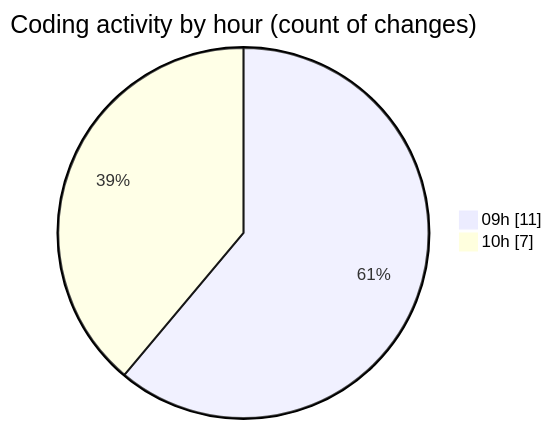
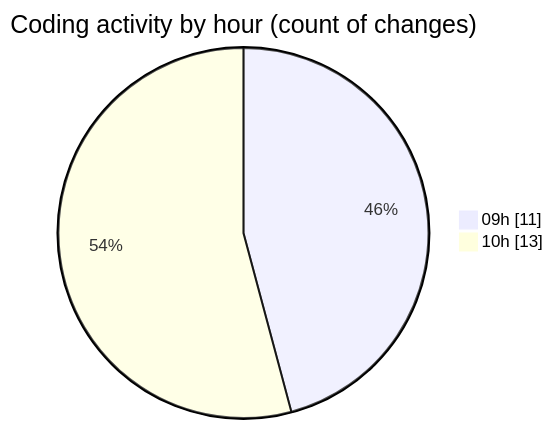
The second of 2 diagrams in 2025-05-27/ecodeli-1/README.md (CELIANVF/code-tracking), drawn with Mermaid before and after one commit. The commit also changed other lines of this file and 1 other file, not shown here.

````diff
--- a/2025-05-27/ecodeli-1/README.md
+++ b/2025-05-27/ecodeli-1/README.md
@@ -34,6 +37,6 @@
 ```mermaid
 pie showData
 title Coding activity by hour (count of changes)
 "09h" : 11
-"10h" : 7
+"10h" : 13
 ```
````
